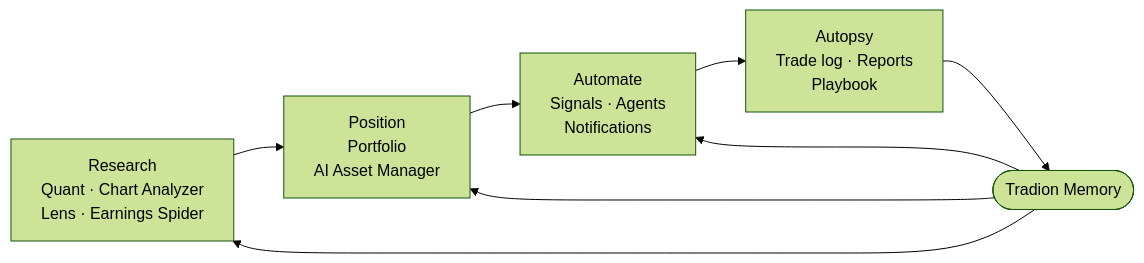
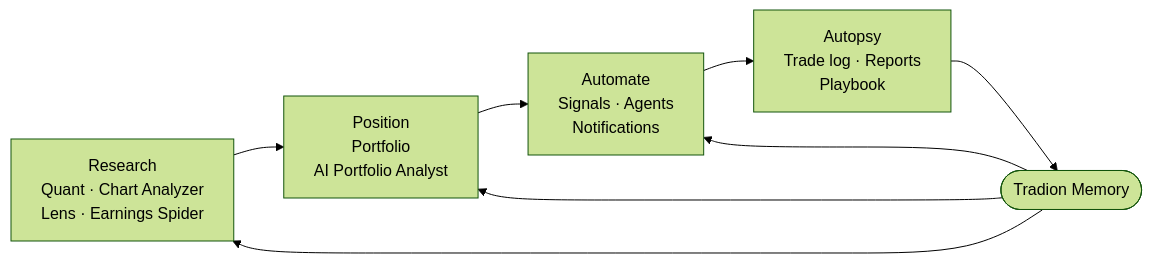
One commit to ishraq21/tradion-doc-site changed the diagram in concepts/the-loop.mdx. Above: the diagram before and after it, drawn with Mermaid (forest theme). The commit also changed other lines of this file and 20 other files, not shown here.

Commit message:
[docs] AI Asset Manager to AI Portfolio Analyst, with a 308 from the old path

````diff
--- a/concepts/the-loop.mdx
+++ b/concepts/the-loop.mdx
@@ -9,10 +9,10 @@
 ```mermaid
 flowchart LR
-    A["Research<br/>Quant · Chart Analyzer<br/>Lens · Earnings Spider"] --> B["Position<br/>Portfolio<br/>AI Asset Manager"]
+    A["Research<br/>Quant · Chart Analyzer<br/>Lens · Earnings Spider"] --> B["Position<br/>Portfolio<br/>AI Portfolio Analyst"]
     B --> C["Automate<br/>Signals · Agents<br/>Notifications"]
     C --> D["Autopsy<br/>Trade log · Reports<br/>Playbook"]
     D --> E(["Tradion Memory"])
     E --> A
     E --> B
     E --> C
 ```
````
